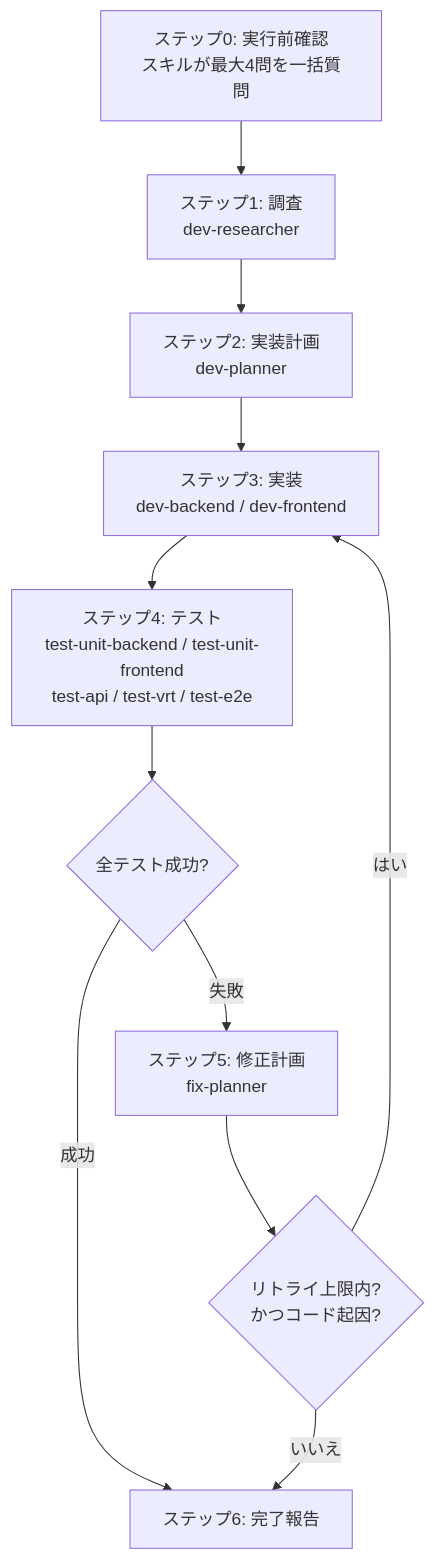
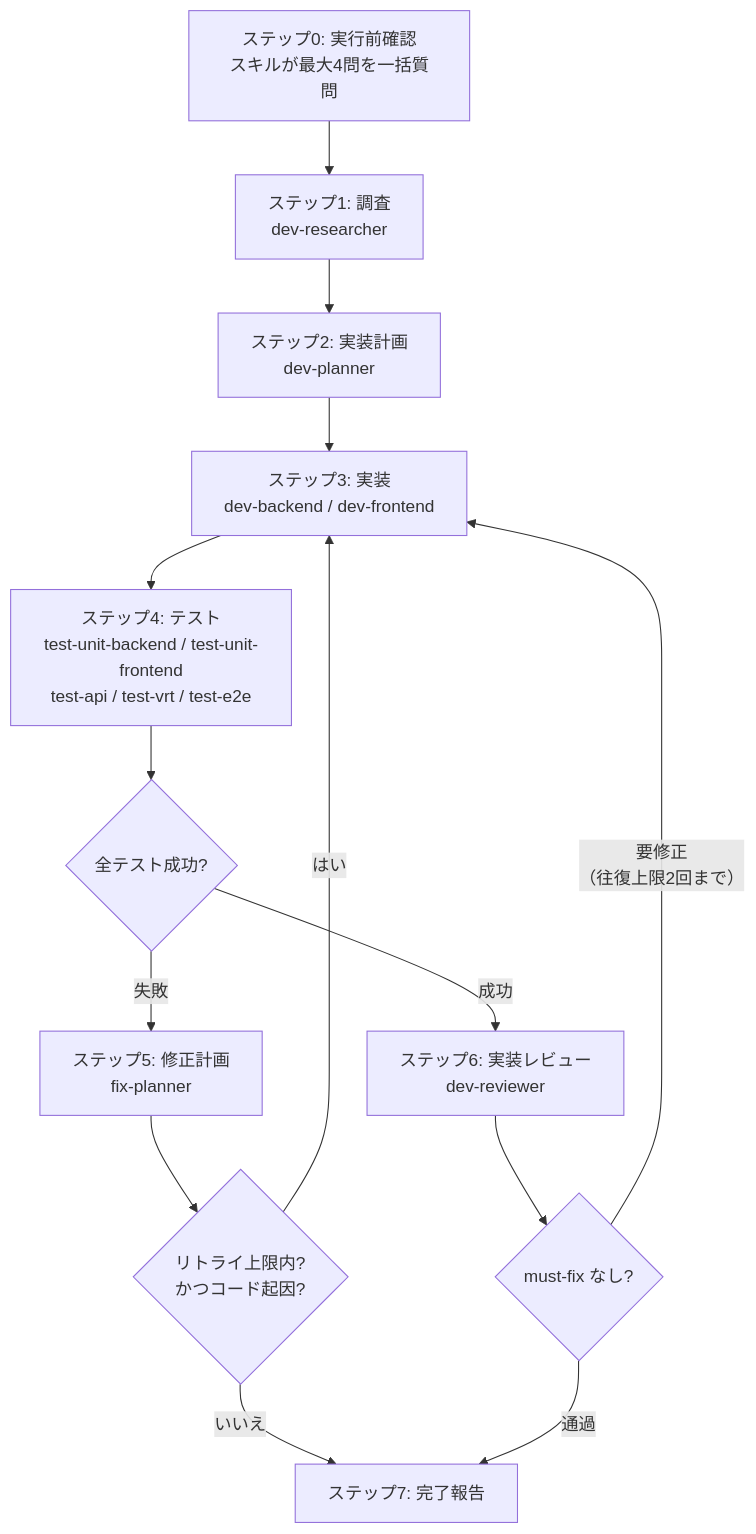
One commit to takakaka-rbs/takaka-agent-plugins changed the diagram in plugins/code-implementer/docs/architecture.md. Above: the diagram before and after it, drawn with Mermaid. The commit also changed other lines of this file and 6 other files, not shown here.

````diff
--- a/plugins/code-implementer/docs/architecture.md
+++ b/plugins/code-implementer/docs/architecture.md
@@ -18,13 +18,16 @@
 ```mermaid
 flowchart TD
     S0[ステップ0: 実行前確認<br>スキルが最大4問を一括質問] --> S1
     S1[ステップ1: 調査<br>dev-researcher] --> S2
     S2[ステップ2: 実装計画<br>dev-planner] --> S3
     S3[ステップ3: 実装<br>dev-backend / dev-frontend] --> S4
     S4[ステップ4: テスト<br>test-unit-backend / test-unit-frontend<br>test-api / test-vrt / test-e2e] --> J{全テスト成功?}
-    J -- 成功 --> S6[ステップ6: 完了報告]
+    J -- 成功 --> S6[ステップ6: 実装レビュー<br>dev-reviewer]
     J -- 失敗 --> S5[ステップ5: 修正計画<br>fix-planner]
     S5 --> R{リトライ上限内?<br>かつコード起因?}
     R -- はい --> S3
-    R -- いいえ --> S6
+    R -- いいえ --> S7[ステップ7: 完了報告]
+    S6 --> K{must-fix なし?}
+    K -- 通過 --> S7
+    K -- 要修正<br>（往復上限2回まで） --> S3
 ```
````
